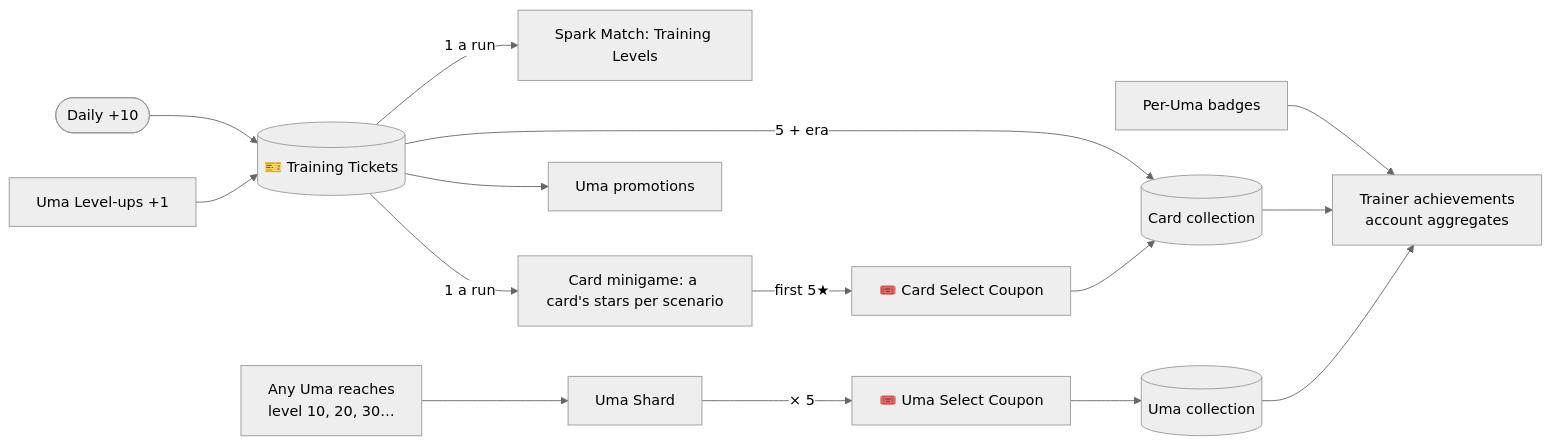
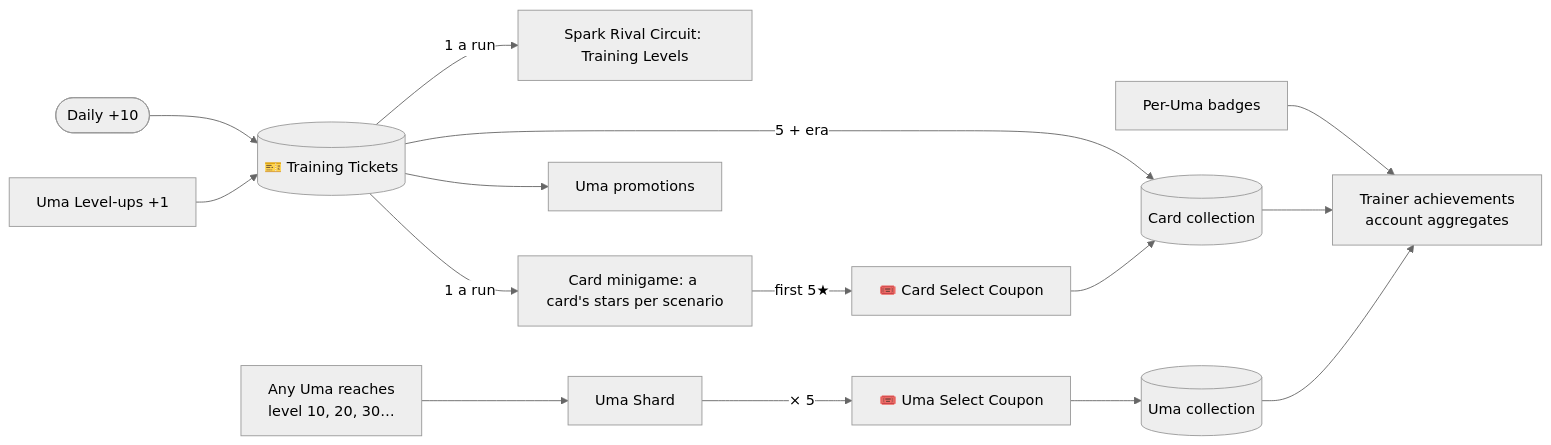
Before and after one commit to luismlorenzana/uma-racer: the second of 2 diagrams in docs/design/00-overview.md, drawn with Mermaid (neutral theme). The commit also changed other lines of this file and 19 other files, not shown here.

First line of the commit message:
docs(minigames): define Spark Rival Circuit

````diff
--- a/docs/design/00-overview.md
+++ b/docs/design/00-overview.md
@@ -41,17 +42,17 @@
 ```mermaid
 flowchart LR
     Daily([Daily +10]) --> Tickets[("🎫 Training Tickets")]
     UmaLv["Uma Level-ups +1"] --> Tickets
-    Tickets -->|"1 a run"| Spark["Spark Match: Training Levels"]
+    Tickets -->|"1 a run"| Spark["Spark Rival Circuit: Training Levels"]
     Tickets -->|"1 a run"| Bond["Card minigame: a card's stars per scenario"]
     Bond -->|"first 5★"| CardCoupon["🎟️ Card Select Coupon"]
     Tickets -->|"5 + era"| Cards[("Card collection")]
     CardCoupon --> Cards
     Tickets --> UmaPromo["Uma promotions"]
     Levels["Any Uma reaches<br/>level 10, 20, 30…"] --> Shards["Uma Shard"]
     Shards -->|"× 5"| UmaCoupon["🎟️ Uma Select Coupon"]
     UmaCoupon --> Umas[("Uma collection")]
     Badges["Per-Uma badges"] --> Trainer["Trainer achievements<br/>account aggregates"]
     Cards --> Trainer
     Umas --> Trainer
 ```
````
